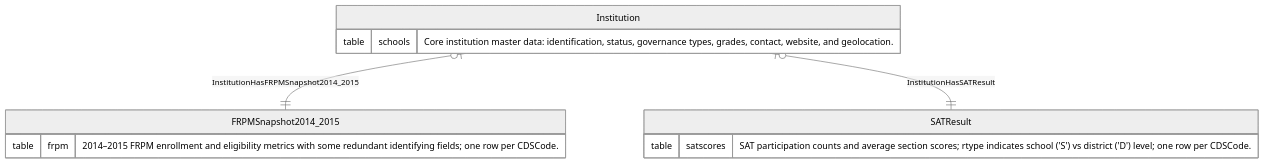
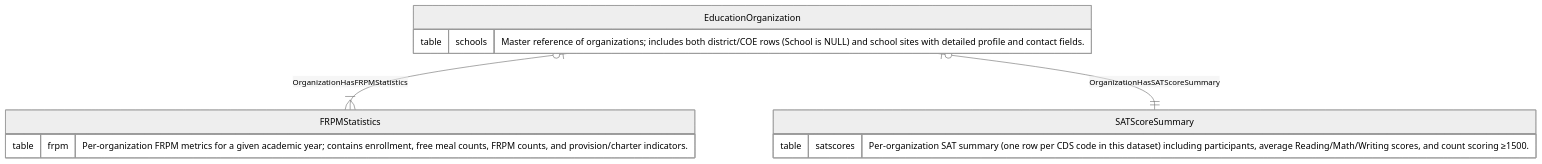
The diagram in readable/preprocessors/er_diagram_synthesizer/bird-sql+california_schools.md (megagonlabs/tabulaflow), drawn with Mermaid (neutral theme) before and after one commit. The commit also changed 103 other files, not shown here.

````diff
--- a/readable/preprocessors/er_diagram_synthesizer/bird-sql+california_schools.md
+++ b/readable/preprocessors/er_diagram_synthesizer/bird-sql+california_schools.md
@@ -1,18 +1,18 @@
 ```mermaid
 erDiagram
-    Institution {
-        table schools "Core institution master data: identification, status, governance types, grades, contact, website, and geolocation."
+    EducationOrganization {
+        table schools "Master reference of organizations; includes both district/COE rows (School is NULL) and school sites with detailed profile and contact fields."
     }
-    FRPMSnapshot2014_2015 {
-        table frpm "2014–2015 FRPM enrollment and eligibility metrics with some redundant identifying fields; one row per CDSCode."
+    FRPMStatistics {
+        table frpm "Per-organization FRPM metrics for a given academic year; contains enrollment, free meal counts, FRPM counts, and provision/charter indicators."
     }
-    SATResult {
-        table satscores "SAT participation counts and average section scores; rtype indicates school ('S') vs district ('D') level; one row per CDSCode."
+    SATScoreSummary {
+        table satscores "Per-organization SAT summary (one row per CDS code in this dataset) including participants, average Reading/Math/Writing scores, and count scoring ≥1500."
     }
 
-    %% FROM schools s JOIN frpm f ON f.CDSCode = s.CDSCode
-    Institution |o--|| FRPMSnapshot2014_2015 : "InstitutionHasFRPMSnapshot2014_2015"
+    %% FROM frpm JOIN schools ON frpm.CDSCode = schools.CDSCode
+    EducationOrganization |o--|{ FRPMStatistics : "OrganizationHasFRPMStatistics"
 
-    %% FROM schools s JOIN satscores sat ON sat.cds = s.CDSCode
-    Institution |o--|| SATResult : "InstitutionHasSATResult"
+    %% FROM satscores JOIN schools ON satscores.cds = schools.CDSCode
+    EducationOrganization |o--|| SATScoreSummary : "OrganizationHasSATScoreSummary"
 ```
````
